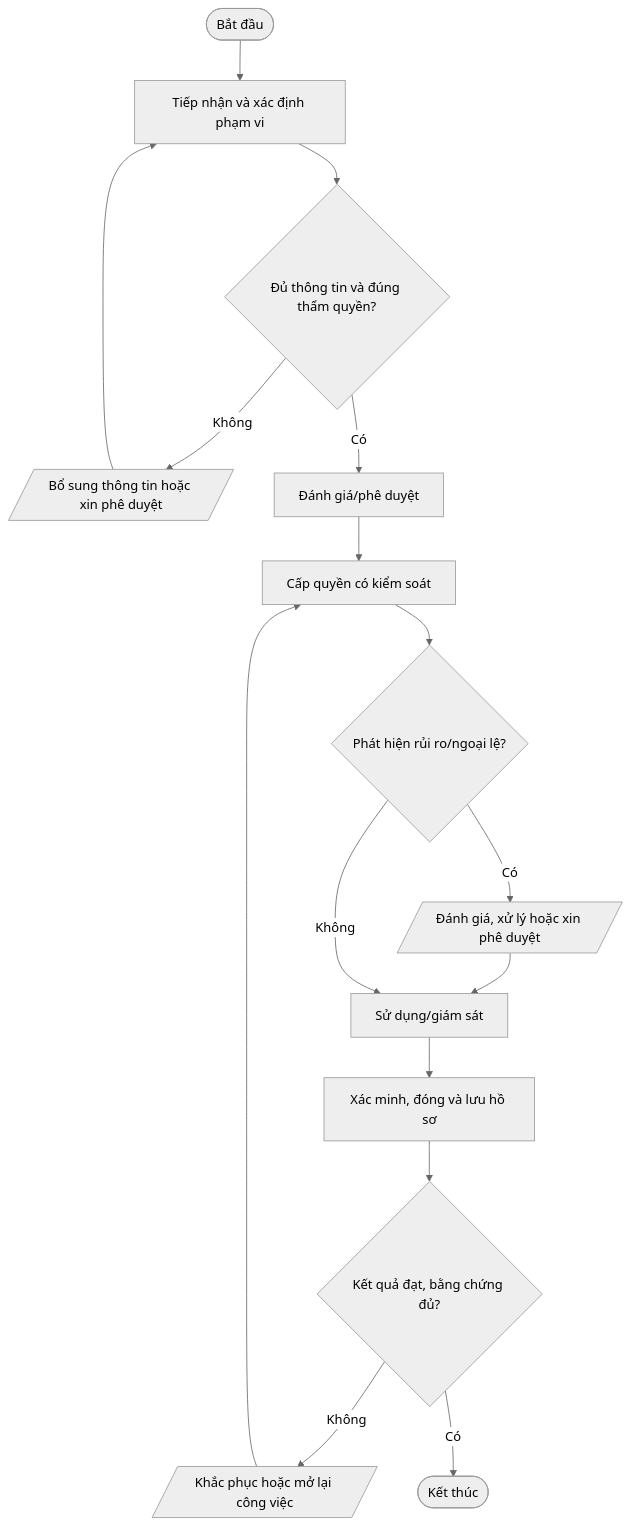
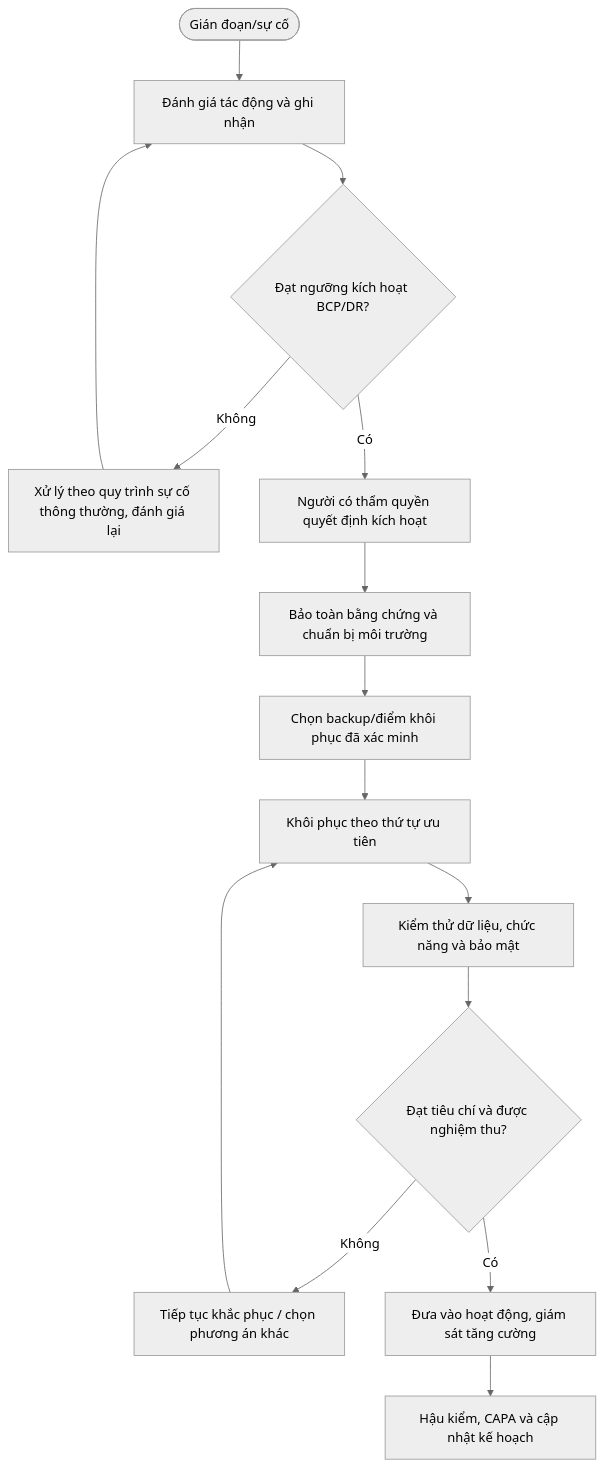
Before and after one commit to daoaigiangnam/Quy_Trinh_Chuan: the diagram in quy-trinh/chi-tiet/QT-ATTT-01.md, drawn with Mermaid (neutral theme). The commit also changed other lines of this file, not shown here.

Commit message:
Cập nhật nội dung chi tiết QT-ATTT-01.md lên main

````diff
--- a/quy-trinh/chi-tiet/QT-ATTT-01.md
+++ b/quy-trinh/chi-tiet/QT-ATTT-01.md
@@ -31,18 +125,17 @@
 ```mermaid
 flowchart TD
-  A([Bắt đầu]) --> S1["Tiếp nhận và xác định phạm vi"]
-  S1 --> D1{"Đủ thông tin và đúng thẩm quyền?"}
-  D1 -- Không --> F1[/"Bổ sung thông tin hoặc xin phê duyệt"/]
-  F1 --> S1
-  D1 -- Có --> S2["Đánh giá/phê duyệt"]
-  S2 --> S3["Cấp quyền có kiểm soát"]
-  S3 --> D2{"Phát hiện rủi ro/ngoại lệ?"}
-  D2 -- Có --> RISK[/"Đánh giá, xử lý hoặc xin phê duyệt"/]
-  RISK --> S4["Sử dụng/giám sát"]
-  D2 -- Không --> S4
-  S4 --> S5["Xác minh, đóng và lưu hồ sơ"]
-  S5 --> D3{"Kết quả đạt, bằng chứng đủ?"}
-  D3 -- Không --> R[/"Khắc phục hoặc mở lại công việc"/]
-  R --> S3
-  D3 -- Có --> Z([Kết thúc])
+ A([Gián đoạn/sự cố]) --> B[Đánh giá tác động và ghi nhận]
+ B --> C{Đạt ngưỡng kích hoạt BCP/DR?}
+ C -- Không --> D[Xử lý theo quy trình sự cố thông thường, đánh giá lại]
+ D --> B
+ C -- Có --> E[Người có thẩm quyền quyết định kích hoạt]
+ E --> F[Bảo toàn bằng chứng và chuẩn bị môi trường]
+ F --> G[Chọn backup/điểm khôi phục đã xác minh]
+ G --> H[Khôi phục theo thứ tự ưu tiên]
+ H --> I[Kiểm thử dữ liệu, chức năng và bảo mật]
+ I --> J{Đạt tiêu chí và được nghiệm thu?}
+ J -- Không --> K[Tiếp tục khắc phục / chọn phương án khác]
+ K --> H
+ J -- Có --> L[Đưa vào hoạt động, giám sát tăng cường]
+ L --> M[Hậu kiểm, CAPA và cập nhật kế hoạch]
 ```
````
